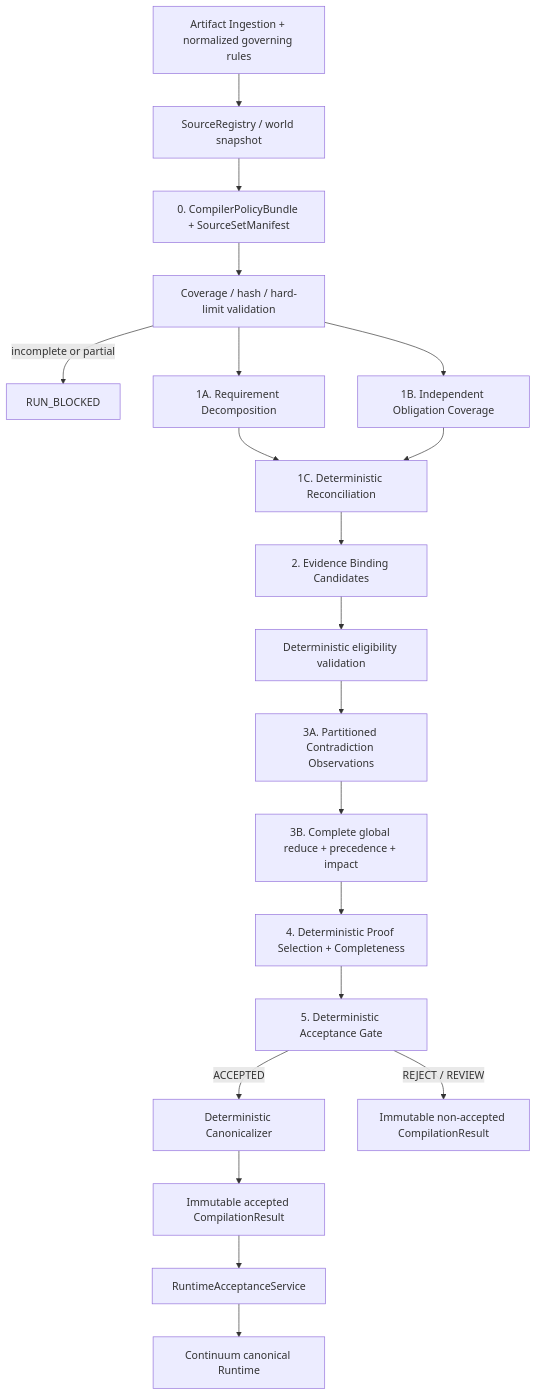
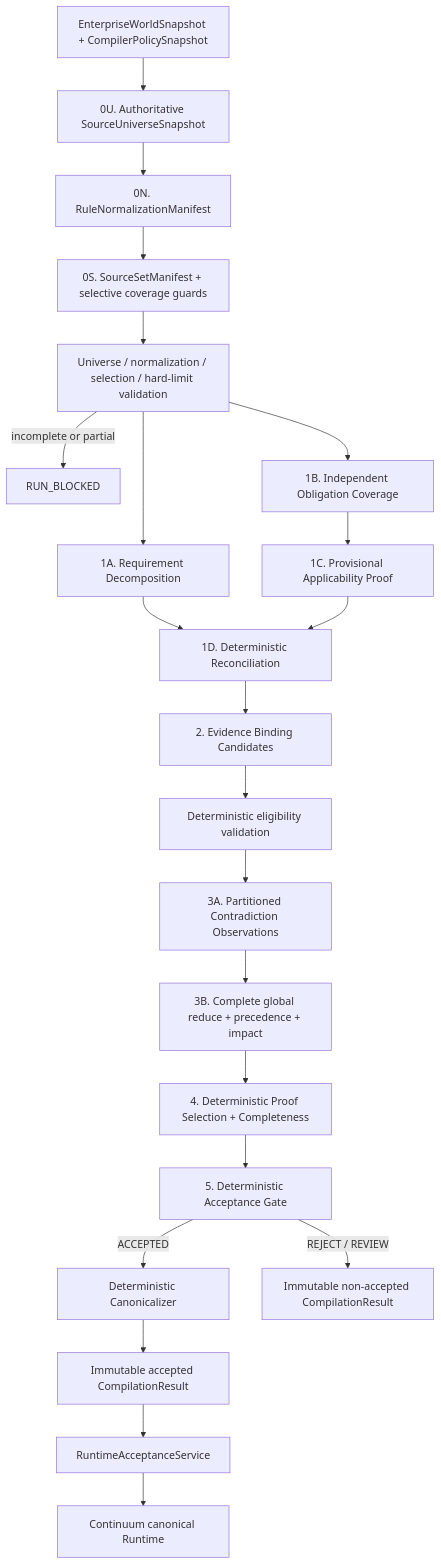
The first of 2 diagrams in docs/continuum_module_01_semantic_dependency_compiler/02_ARCHITECTURE.md (dabaitudiu/continuum), drawn with Mermaid before and after one commit. The commit also changed other lines of this file and 18 other files, not shown here.

Commit message:
docs: revise option B architecture for review

````diff
--- a/docs/continuum_module_01_semantic_dependency_compiler/02_ARCHITECTURE.md
+++ b/docs/continuum_module_01_semantic_dependency_compiler/02_ARCHITECTURE.md
@@ -11,22 +11,24 @@
 ```mermaid
 flowchart TD
-    A[Artifact Ingestion + normalized governing rules] --> B[SourceRegistry / world snapshot]
-    B --> C[0. CompilerPolicyBundle + SourceSetManifest]
-    C --> C1[Coverage / hash / hard-limit validation]
+    A[EnterpriseWorldSnapshot + CompilerPolicySnapshot] --> U[0U. Authoritative SourceUniverseSnapshot]
+    U --> R[0N. RuleNormalizationManifest]
+    R --> C[0S. SourceSetManifest + selective coverage guards]
+    C --> C1[Universe / normalization / selection / hard-limit validation]
     C1 -->|incomplete or partial| RB[RUN_BLOCKED]
     C1 --> D[1A. Requirement Decomposition]
     C1 --> E[1B. Independent Obligation Coverage]
-    D --> F[1C. Deterministic Reconciliation]
-    E --> F
+    D --> F[1D. Deterministic Reconciliation]
+    E --> E1[1C. Provisional Applicability Proof]
+    E1 --> F
     F --> G[2. Evidence Binding Candidates]
     G --> G1[Deterministic eligibility validation]
     G1 --> H[3A. Partitioned Contradiction Observations]
     H --> H1[3B. Complete global reduce + precedence + impact]
     H1 --> I[4. Deterministic Proof Selection + Completeness]
     I --> J[5. Deterministic Acceptance Gate]
     J -->|ACCEPTED| K[Deterministic Canonicalizer]
     J -->|REJECT / REVIEW| L[Immutable non-accepted CompilationResult]
     K --> M[Immutable accepted CompilationResult]
     M --> N[RuntimeAcceptanceService]
     N --> O[Continuum canonical Runtime]
 ```
````
